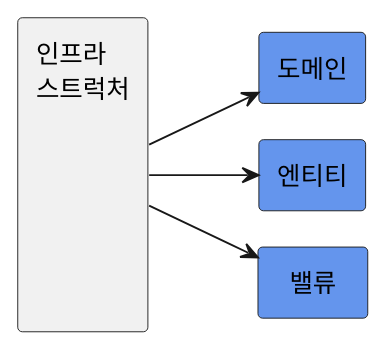
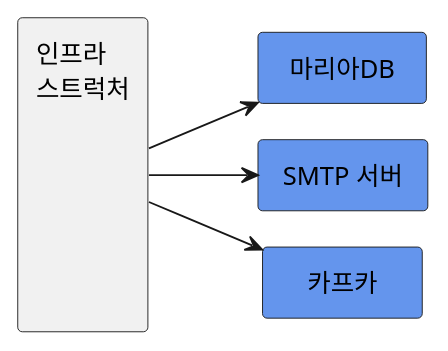
The diagram in uml/8.wsd (jo-minjun/DDD-study), drawn with PlantUML before and after one commit. The commit also changed 6 other files, not shown here.

```diff
--- a/uml/8.wsd
+++ b/uml/8.wsd
@@ -1,16 +1,16 @@
 @startuml
 
 left to right direction
 skinparam nodesep 20
 skinparam ranksep 60
 
 Rectangle "인프라\n스트럭처\n\n\n\n\n\n" as a
-Rectangle "도메인" as b #CornflowerBlue
-Rectangle "엔티티" as c #CornflowerBlue
-Rectangle "  밸류  " as d #CornflowerBlue
+Rectangle "  마리아DB  " as b #CornflowerBlue
+Rectangle " SMTP 서버 " as c #CornflowerBlue
+Rectangle "    카프카    " as d #CornflowerBlue
 
 a --> b
 a --> c
 a --> d
 
 @enduml
```
